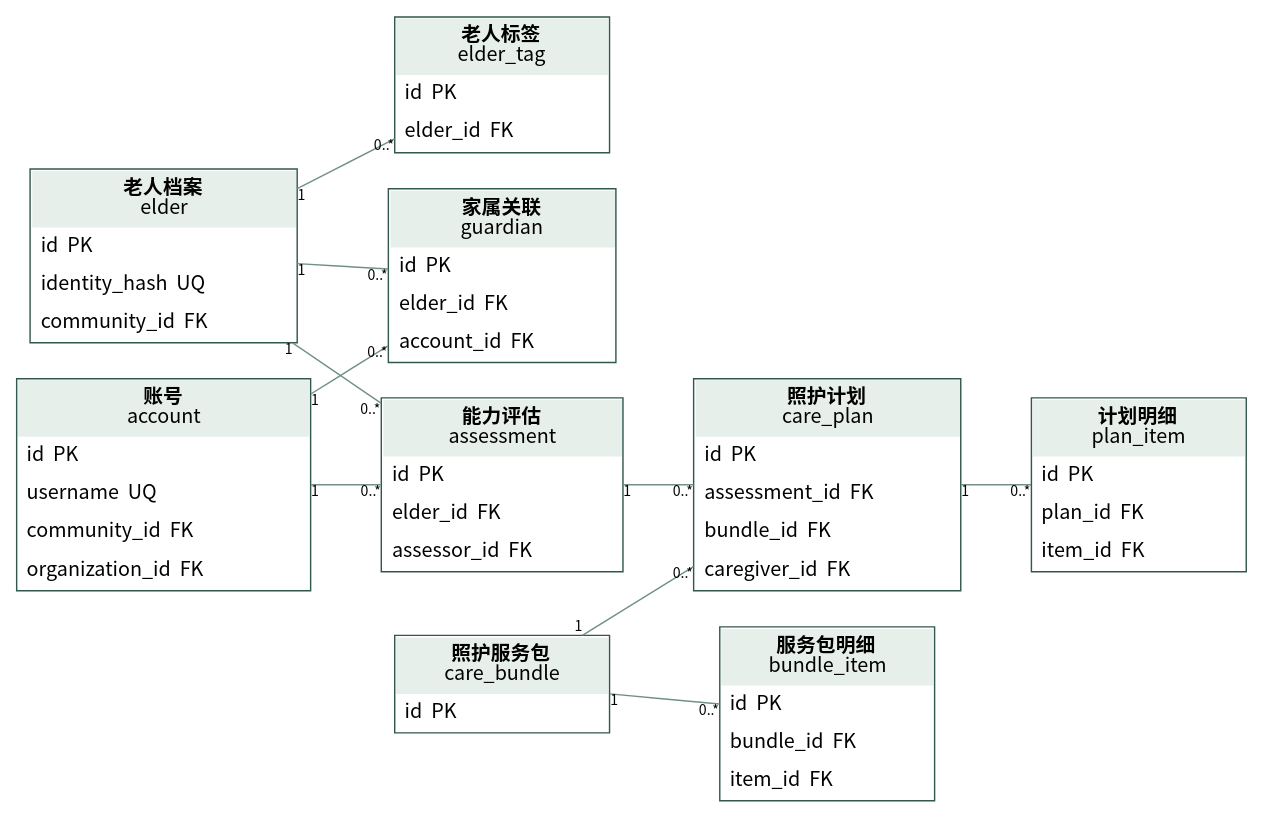
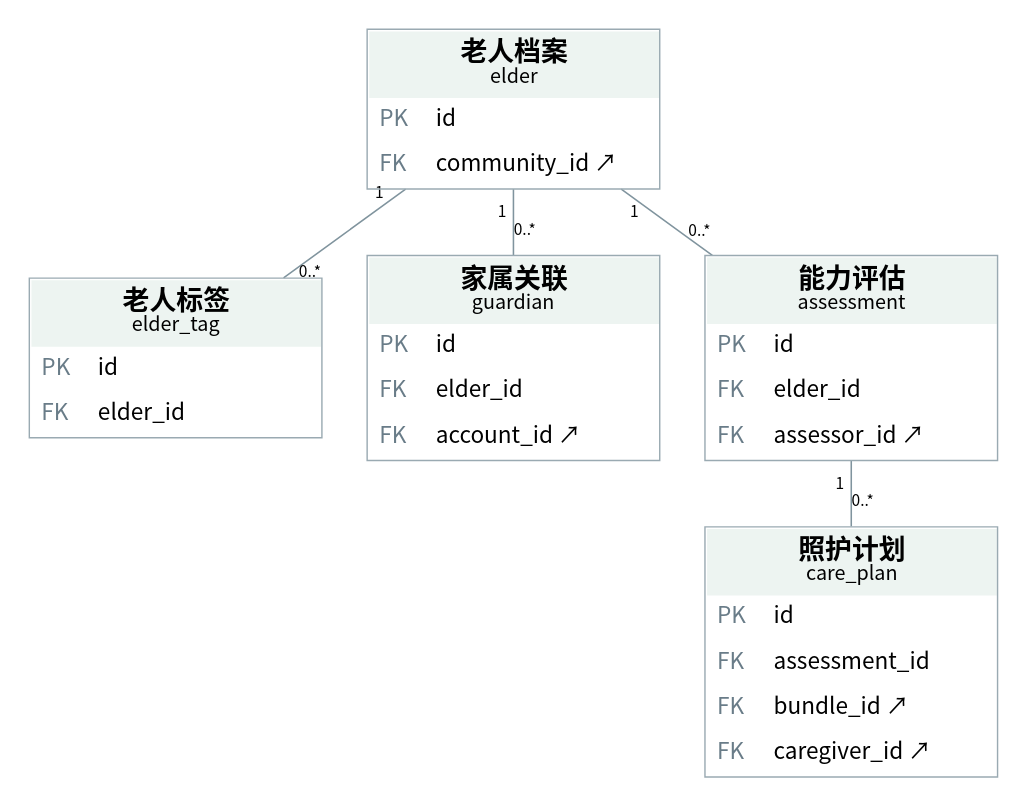
The diagram in docs/diagrams/A-uml.dot (Herbertlyw/db_eldercare), drawn with Graphviz before and after one commit. The commit also changed 173 other files, not shown here.

```diff
--- a/docs/diagrams/A-uml.dot
+++ b/docs/diagrams/A-uml.dot
@@ -1,20 +1,14 @@
-digraph G { graph [rankdir=LR, bgcolor="white",nodesep=0.35,ranksep=0.7]; node [fontname="Noto Sans CJK SC",fontsize=14,color="#31574e"]; edge [fontname="Noto Sans CJK SC",fontsize=10,color="#719087",arrowsize=0.6];
-elder [shape=plain,label=<<TABLE BORDER="1" CELLBORDER="0" CELLSPACING="0" CELLPADDING="6"><TR><TD BGCOLOR="#e7efea" WIDTH="187"><B>老人档案</B><BR/>elder</TD></TR><TR><TD ALIGN="LEFT" WIDTH="187">id  PK</TD></TR><TR><TD ALIGN="LEFT" WIDTH="187">identity_hash  UQ</TD></TR><TR><TD ALIGN="LEFT" WIDTH="187">community_id  FK</TD></TR></TABLE>>];
-elder_tag [shape=plain,label=<<TABLE BORDER="1" CELLBORDER="0" CELLSPACING="0" CELLPADDING="6"><TR><TD BGCOLOR="#e7efea" WIDTH="150"><B>老人标签</B><BR/>elder_tag</TD></TR><TR><TD ALIGN="LEFT" WIDTH="150">id  PK</TD></TR><TR><TD ALIGN="LEFT" WIDTH="150">elder_id  FK</TD></TR></TABLE>>];
-guardian [shape=plain,label=<<TABLE BORDER="1" CELLBORDER="0" CELLSPACING="0" CELLPADDING="6"><TR><TD BGCOLOR="#e7efea" WIDTH="159"><B>家属关联</B><BR/>guardian</TD></TR><TR><TD ALIGN="LEFT" WIDTH="159">id  PK</TD></TR><TR><TD ALIGN="LEFT" WIDTH="159">elder_id  FK</TD></TR><TR><TD ALIGN="LEFT" WIDTH="159">account_id  FK</TD></TR></TABLE>>];
-assessment [shape=plain,label=<<TABLE BORDER="1" CELLBORDER="0" CELLSPACING="0" CELLPADDING="6"><TR><TD BGCOLOR="#e7efea" WIDTH="169"><B>能力评估</B><BR/>assessment</TD></TR><TR><TD ALIGN="LEFT" WIDTH="169">id  PK</TD></TR><TR><TD ALIGN="LEFT" WIDTH="169">elder_id  FK</TD></TR><TR><TD ALIGN="LEFT" WIDTH="169">assessor_id  FK</TD></TR></TABLE>>];
-care_bundle [shape=plain,label=<<TABLE BORDER="1" CELLBORDER="0" CELLSPACING="0" CELLPADDING="6"><TR><TD BGCOLOR="#e7efea" WIDTH="150"><B>照护服务包</B><BR/>care_bundle</TD></TR><TR><TD ALIGN="LEFT" WIDTH="150">id  PK</TD></TR></TABLE>>];
-bundle_item [shape=plain,label=<<TABLE BORDER="1" CELLBORDER="0" CELLSPACING="0" CELLPADDING="6"><TR><TD BGCOLOR="#e7efea" WIDTH="150"><B>服务包明细</B><BR/>bundle_item</TD></TR><TR><TD ALIGN="LEFT" WIDTH="150">id  PK</TD></TR><TR><TD ALIGN="LEFT" WIDTH="150">bundle_id  FK</TD></TR><TR><TD ALIGN="LEFT" WIDTH="150">item_id  FK</TD></TR></TABLE>>];
-care_plan [shape=plain,label=<<TABLE BORDER="1" CELLBORDER="0" CELLSPACING="0" CELLPADDING="6"><TR><TD BGCOLOR="#e7efea" WIDTH="187"><B>照护计划</B><BR/>care_plan</TD></TR><TR><TD ALIGN="LEFT" WIDTH="187">id  PK</TD></TR><TR><TD ALIGN="LEFT" WIDTH="187">assessment_id  FK</TD></TR><TR><TD ALIGN="LEFT" WIDTH="187">bundle_id  FK</TD></TR><TR><TD ALIGN="LEFT" WIDTH="187">caregiver_id  FK</TD></TR></TABLE>>];
-plan_item [shape=plain,label=<<TABLE BORDER="1" CELLBORDER="0" CELLSPACING="0" CELLPADDING="6"><TR><TD BGCOLOR="#e7efea" WIDTH="150"><B>计划明细</B><BR/>plan_item</TD></TR><TR><TD ALIGN="LEFT" WIDTH="150">id  PK</TD></TR><TR><TD ALIGN="LEFT" WIDTH="150">plan_id  FK</TD></TR><TR><TD ALIGN="LEFT" WIDTH="150">item_id  FK</TD></TR></TABLE>>];
-account [shape=plain,label=<<TABLE BORDER="1" CELLBORDER="0" CELLSPACING="0" CELLPADDING="6"><TR><TD BGCOLOR="#e7efea" WIDTH="206"><B>账号</B><BR/>account</TD></TR><TR><TD ALIGN="LEFT" WIDTH="206">id  PK</TD></TR><TR><TD ALIGN="LEFT" WIDTH="206">username  UQ</TD></TR><TR><TD ALIGN="LEFT" WIDTH="206">community_id  FK</TD></TR><TR><TD ALIGN="LEFT" WIDTH="206">organization_id  FK</TD></TR></TABLE>>];
-account -> assessment [arrowhead=none,taillabel="1",headlabel="0..*"];
+digraph G { graph [rankdir=TB,bgcolor="white",nodesep=0.45,ranksep=0.65,pad=0.18,splines=polyline,outputorder=edgesfirst]; node [fontname="Noto Sans CJK SC",fontsize=16]; edge [fontname="Noto Sans CJK SC",fontsize=11,color="#80949e",arrowsize=0.5,penwidth=1.1,labeldistance=1.9];
+elder [shape=plain,label=<<TABLE BORDER="1" COLOR="#9AAAB2" CELLBORDER="0" CELLSPACING="0" CELLPADDING="7"><TR><TD COLSPAN="2" WIDTH="205" BGCOLOR="#EDF4F1"><FONT POINT-SIZE="19"><B>老人档案</B></FONT><BR/><FONT POINT-SIZE="14">elder</FONT></TD></TR><TR><TD ALIGN="LEFT" WIDTH="40"><FONT COLOR="#697C88">PK</FONT></TD><TD ALIGN="LEFT" WIDTH="165">id</TD></TR><TR><TD ALIGN="LEFT" WIDTH="40"><FONT COLOR="#697C88">FK</FONT></TD><TD ALIGN="LEFT" WIDTH="165">community_id ↗</TD></TR></TABLE>>];
+elder_tag [shape=plain,label=<<TABLE BORDER="1" COLOR="#9AAAB2" CELLBORDER="0" CELLSPACING="0" CELLPADDING="7"><TR><TD COLSPAN="2" WIDTH="205" BGCOLOR="#EDF4F1"><FONT POINT-SIZE="19"><B>老人标签</B></FONT><BR/><FONT POINT-SIZE="14">elder_tag</FONT></TD></TR><TR><TD ALIGN="LEFT" WIDTH="40"><FONT COLOR="#697C88">PK</FONT></TD><TD ALIGN="LEFT" WIDTH="165">id</TD></TR><TR><TD ALIGN="LEFT" WIDTH="40"><FONT COLOR="#697C88">FK</FONT></TD><TD ALIGN="LEFT" WIDTH="165">elder_id</TD></TR></TABLE>>];
+guardian [shape=plain,label=<<TABLE BORDER="1" COLOR="#9AAAB2" CELLBORDER="0" CELLSPACING="0" CELLPADDING="7"><TR><TD COLSPAN="2" WIDTH="205" BGCOLOR="#EDF4F1"><FONT POINT-SIZE="19"><B>家属关联</B></FONT><BR/><FONT POINT-SIZE="14">guardian</FONT></TD></TR><TR><TD ALIGN="LEFT" WIDTH="40"><FONT COLOR="#697C88">PK</FONT></TD><TD ALIGN="LEFT" WIDTH="165">id</TD></TR><TR><TD ALIGN="LEFT" WIDTH="40"><FONT COLOR="#697C88">FK</FONT></TD><TD ALIGN="LEFT" WIDTH="165">elder_id</TD></TR><TR><TD ALIGN="LEFT" WIDTH="40"><FONT COLOR="#697C88">FK</FONT></TD><TD ALIGN="LEFT" WIDTH="165">account_id ↗</TD></TR></TABLE>>];
+assessment [shape=plain,label=<<TABLE BORDER="1" COLOR="#9AAAB2" CELLBORDER="0" CELLSPACING="0" CELLPADDING="7"><TR><TD COLSPAN="2" WIDTH="205" BGCOLOR="#EDF4F1"><FONT POINT-SIZE="19"><B>能力评估</B></FONT><BR/><FONT POINT-SIZE="14">assessment</FONT></TD></TR><TR><TD ALIGN="LEFT" WIDTH="40"><FONT COLOR="#697C88">PK</FONT></TD><TD ALIGN="LEFT" WIDTH="165">id</TD></TR><TR><TD ALIGN="LEFT" WIDTH="40"><FONT COLOR="#697C88">FK</FONT></TD><TD ALIGN="LEFT" WIDTH="165">elder_id</TD></TR><TR><TD ALIGN="LEFT" WIDTH="40"><FONT COLOR="#697C88">FK</FONT></TD><TD ALIGN="LEFT" WIDTH="165">assessor_id ↗</TD></TR></TABLE>>];
+care_plan [shape=plain,label=<<TABLE BORDER="1" COLOR="#9AAAB2" CELLBORDER="0" CELLSPACING="0" CELLPADDING="7"><TR><TD COLSPAN="2" WIDTH="205" BGCOLOR="#EDF4F1"><FONT POINT-SIZE="19"><B>照护计划</B></FONT><BR/><FONT POINT-SIZE="14">care_plan</FONT></TD></TR><TR><TD ALIGN="LEFT" WIDTH="40"><FONT COLOR="#697C88">PK</FONT></TD><TD ALIGN="LEFT" WIDTH="165">id</TD></TR><TR><TD ALIGN="LEFT" WIDTH="40"><FONT COLOR="#697C88">FK</FONT></TD><TD ALIGN="LEFT" WIDTH="165">assessment_id</TD></TR><TR><TD ALIGN="LEFT" WIDTH="40"><FONT COLOR="#697C88">FK</FONT></TD><TD ALIGN="LEFT" WIDTH="165">bundle_id ↗</TD></TR><TR><TD ALIGN="LEFT" WIDTH="40"><FONT COLOR="#697C88">FK</FONT></TD><TD ALIGN="LEFT" WIDTH="165">caregiver_id ↗</TD></TR></TABLE>>];
 elder -> assessment [arrowhead=none,taillabel="1",headlabel="0..*"];
-care_bundle -> bundle_item [arrowhead=none,taillabel="1",headlabel="0..*"];
 assessment -> care_plan [arrowhead=none,taillabel="1",headlabel="0..*"];
-care_bundle -> care_plan [arrowhead=none,taillabel="1",headlabel="0..*"];
 elder -> elder_tag [arrowhead=none,taillabel="1",headlabel="0..*"];
-account -> guardian [arrowhead=none,taillabel="1",headlabel="0..*"];
 elder -> guardian [arrowhead=none,taillabel="1",headlabel="0..*"];
-care_plan -> plan_item [arrowhead=none,taillabel="1",headlabel="0..*"];
+{rank=same;elder;}
+{rank=same;elder_tag;guardian;assessment;}
+{rank=same;care_plan;}
 }
```
